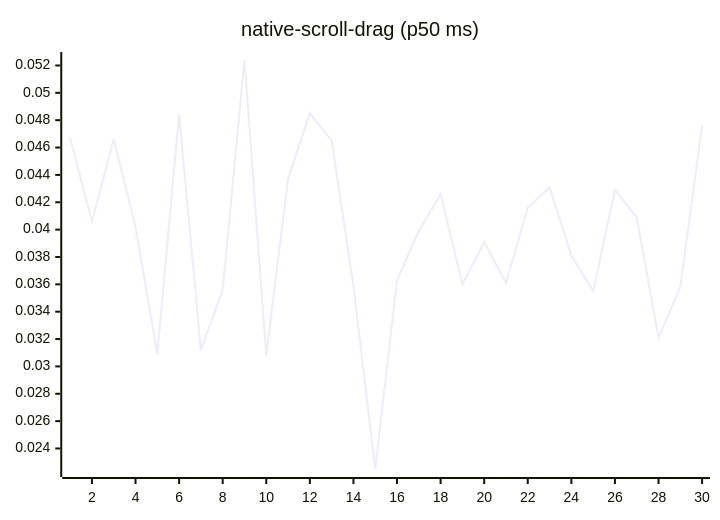
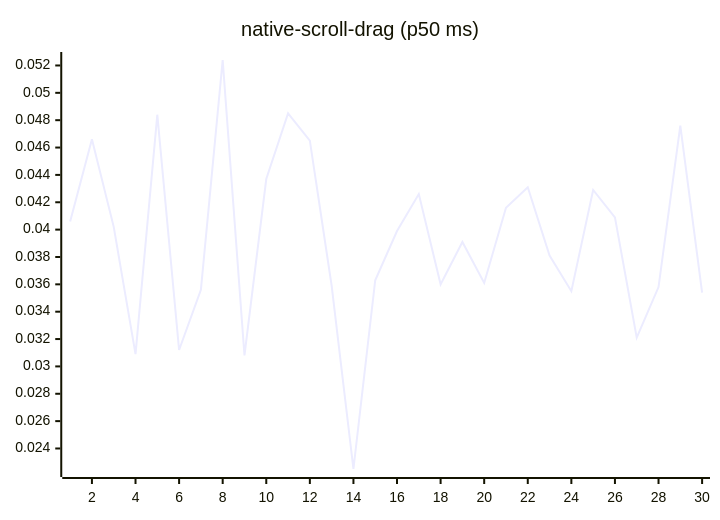
Diagram 14 of 27 in README.md (josha/Facet), drawn with Mermaid before and after one commit. The commit also changed other lines of this file and 2 other files, not shown here.

````diff
--- a/README.md
+++ b/README.md
@@ -154,6 +154,6 @@
 ```mermaid
 xychart-beta
     title "native-scroll-drag (p50 ms)"
     x-axis 1 --> 30
-    line [0.0467, 0.0406, 0.0466, 0.0402, 0.0309, 0.0484, 0.0312, 0.0356, 0.0524, 0.0308, 0.0437, 0.0485, 0.0465, 0.0359, 0.0225, 0.0363, 0.0399, 0.0426, 0.0360, 0.0391, 0.0361, 0.0416, 0.0431, 0.0381, 0.0355, 0.0429, 0.0409, 0.0321, 0.0358, 0.0476]
+    line [0.0406, 0.0466, 0.0402, 0.0309, 0.0484, 0.0312, 0.0356, 0.0524, 0.0308, 0.0437, 0.0485, 0.0465, 0.0359, 0.0225, 0.0363, 0.0399, 0.0426, 0.0360, 0.0391, 0.0361, 0.0416, 0.0431, 0.0381, 0.0355, 0.0429, 0.0409, 0.0321, 0.0358, 0.0476, 0.0354]
 ```
````
